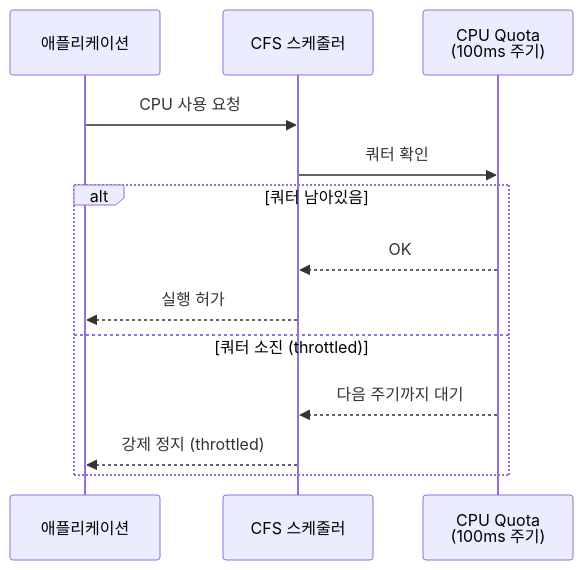
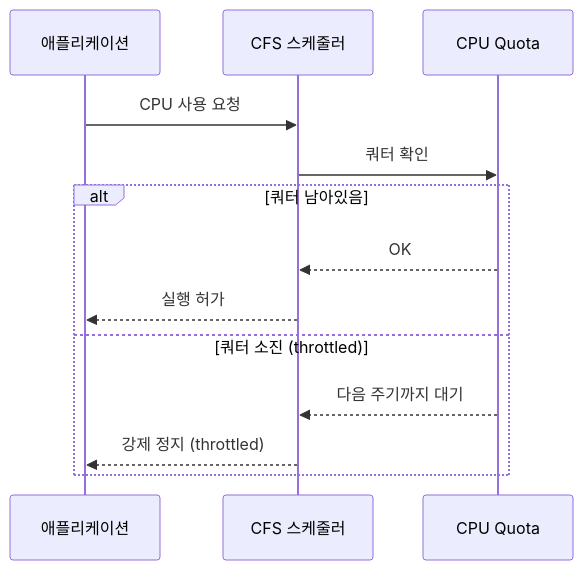
The third of 3 diagrams in content/linux/performance/cpu-performance.md (moonblueblue/devops-wiki), drawn with Mermaid before and after one commit. The commit also changed other lines of this file and 12 other files, not shown here.

First line of the commit message:
style: linux 섹션 전체 ASCII art 제거 및 Mermaid 규칙 적용

````diff
--- a/content/linux/performance/cpu-performance.md
+++ b/content/linux/performance/cpu-performance.md
@@ -590,16 +608,16 @@
 ```mermaid
 sequenceDiagram
     participant App as 애플리케이션
     participant CFS as CFS 스케줄러
-    participant Quota as CPU Quota<br/>(100ms 주기)
+    participant Quota as CPU Quota
 
     App->>CFS: CPU 사용 요청
     CFS->>Quota: 쿼터 확인
     alt 쿼터 남아있음
         Quota-->>CFS: OK
         CFS-->>App: 실행 허가
     else 쿼터 소진 (throttled)
         Quota-->>CFS: 다음 주기까지 대기
         CFS-->>App: 강제 정지 (throttled)
     end
 ```
````
